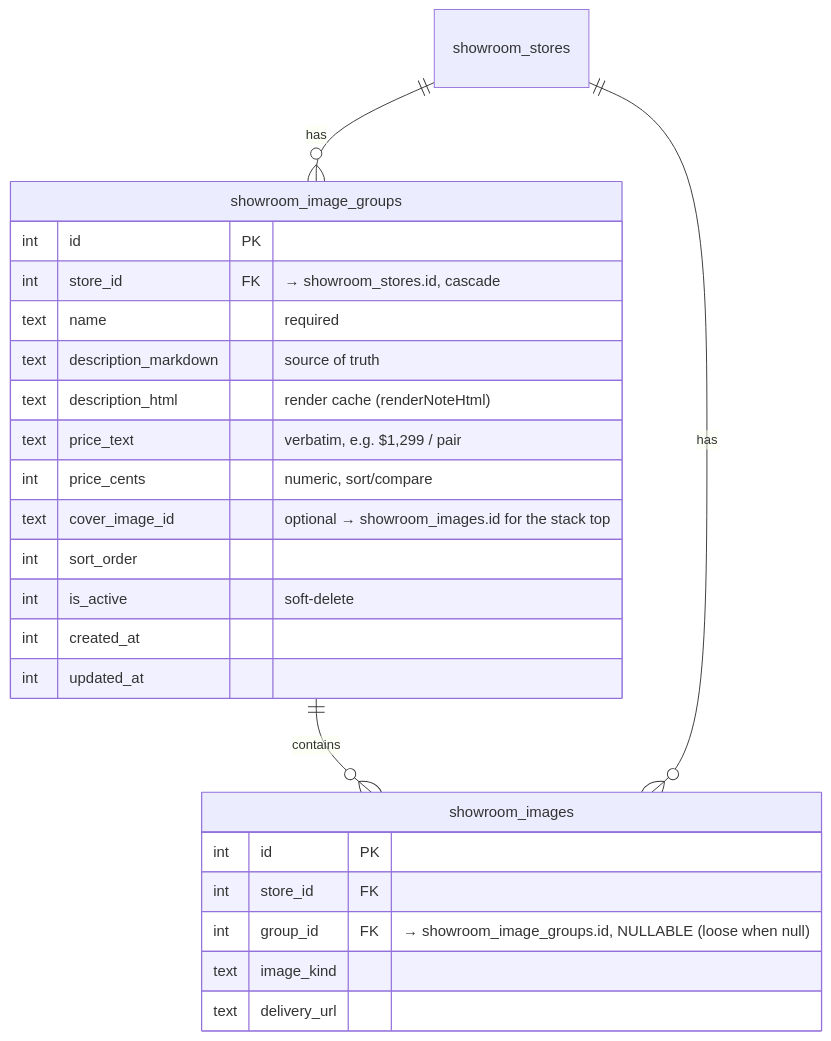
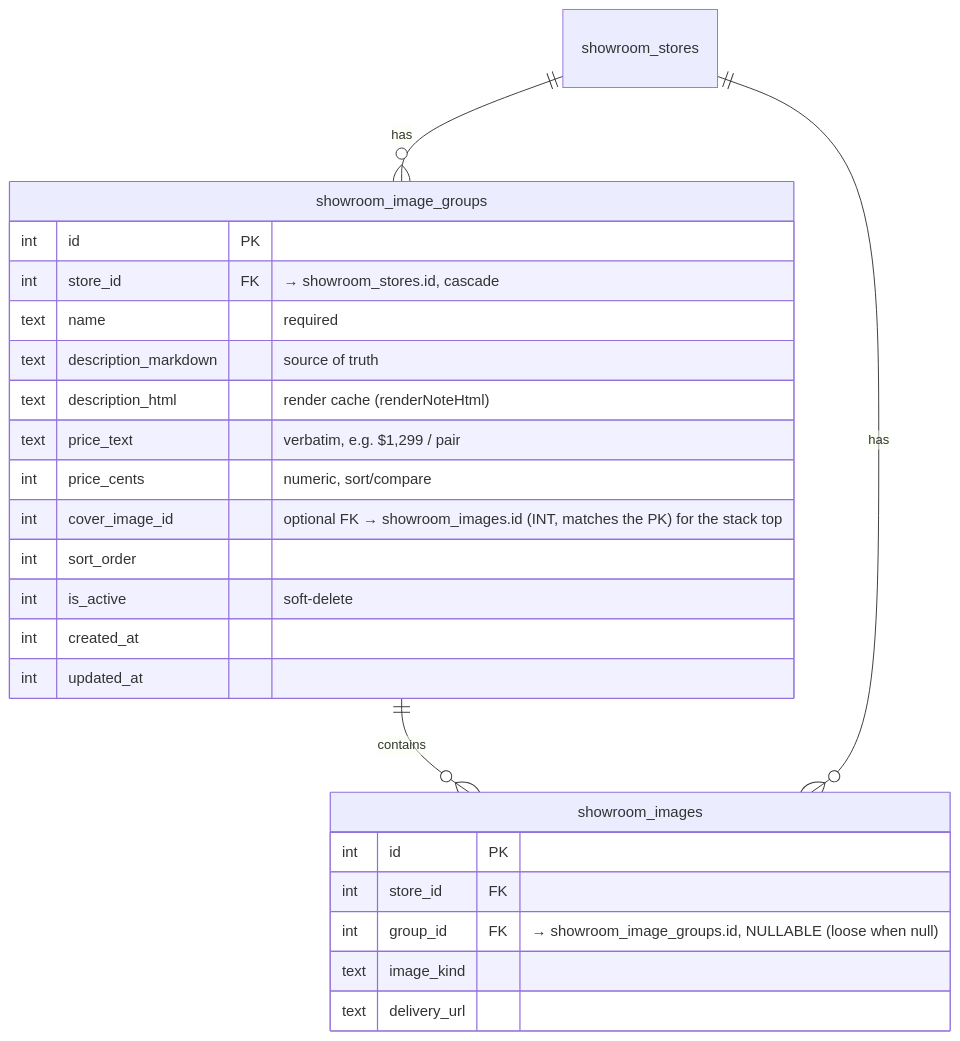
One commit to jmbish04/core-remodel changed the third of 5 diagrams in docs/0040_showroom_detail_overhaul/IMPLEMENTATION_PLAN.md. Above: the diagram before and after it, drawn with Mermaid. The commit also changed other lines of this file and 6 other files, not shown here.

````diff
--- a/docs/0040_showroom_detail_overhaul/IMPLEMENTATION_PLAN.md
+++ b/docs/0040_showroom_detail_overhaul/IMPLEMENTATION_PLAN.md
@@ -157,28 +168,28 @@
 ```mermaid
 erDiagram
   showroom_stores ||--o{ showroom_image_groups : has
   showroom_image_groups ||--o{ showroom_images : contains
   showroom_stores ||--o{ showroom_images : has
 
   showroom_image_groups {
     int id PK
     int store_id FK "→ showroom_stores.id, cascade"
     text name "required"
     text description_markdown "source of truth"
     text description_html "render cache (renderNoteHtml)"
     text price_text "verbatim, e.g. $1,299 / pair"
     int price_cents "numeric, sort/compare"
-    text cover_image_id "optional → showroom_images.id for the stack top"
+    int cover_image_id "optional FK → showroom_images.id (INT, matches the PK) for the stack top"
     int sort_order
     int is_active "soft-delete"
     int created_at
     int updated_at
   }
   showroom_images {
     int id PK
     int store_id FK
     int group_id FK "→ showroom_image_groups.id, NULLABLE (loose when null)"
     text image_kind
     text delivery_url
   }
 ```
````
